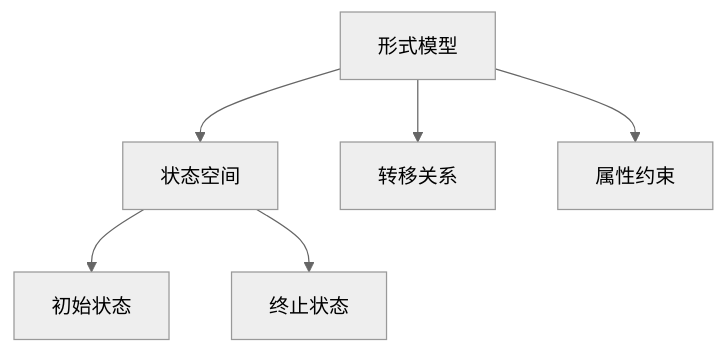
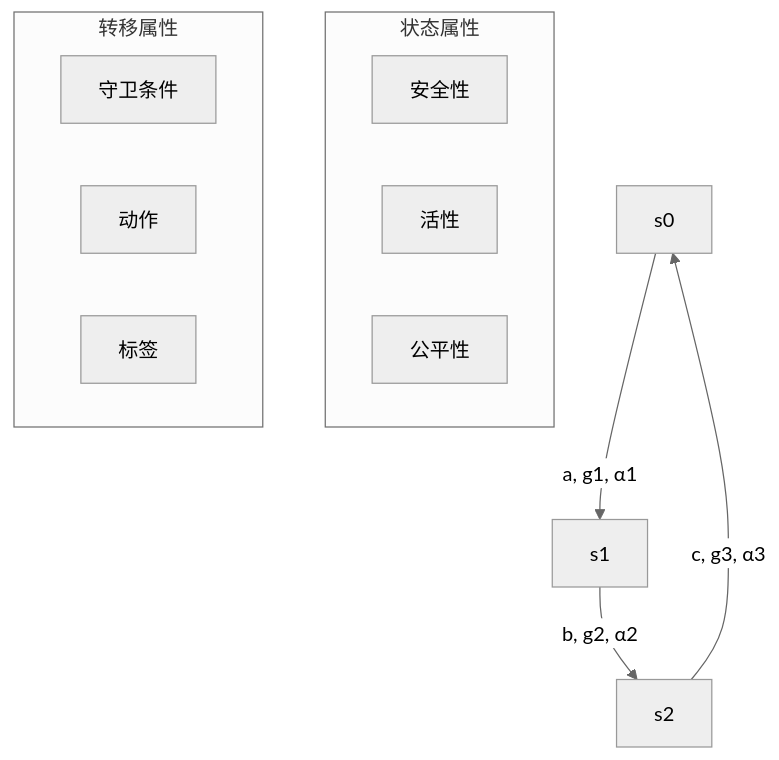
The first of 2 diagrams in Analysis/06-形式模型理论/00-形式模型理论总论.md (AdaMartin18010/formal-architecture), drawn with Mermaid (neutral theme) before and after one commit. The commit also changed other lines of this file and 13 other files, not shown here.

````diff
--- a/Analysis/06-形式模型理论/00-形式模型理论总论.md
+++ b/Analysis/06-形式模型理论/00-形式模型理论总论.md
@@ -44,8 +229,18 @@
 ```mermaid
 graph TD
-    A[形式模型] --> B[状态空间]
-    A --> C[转移关系]
-    A --> D[属性约束]
-    B --> E[初始状态]
-    B --> F[终止状态]
+    A[s0] -->|a, g1, α1| B[s1]
+    B -->|b, g2, α2| C[s2]
+    C -->|c, g3, α3| A
+    
+    subgraph "状态属性"
+        D[安全性]
+        E[活性]
+        F[公平性]
+    end
+    
+    subgraph "转移属性"
+        G[守卫条件]
+        H[动作]
+        I[标签]
+    end
 ```
````
